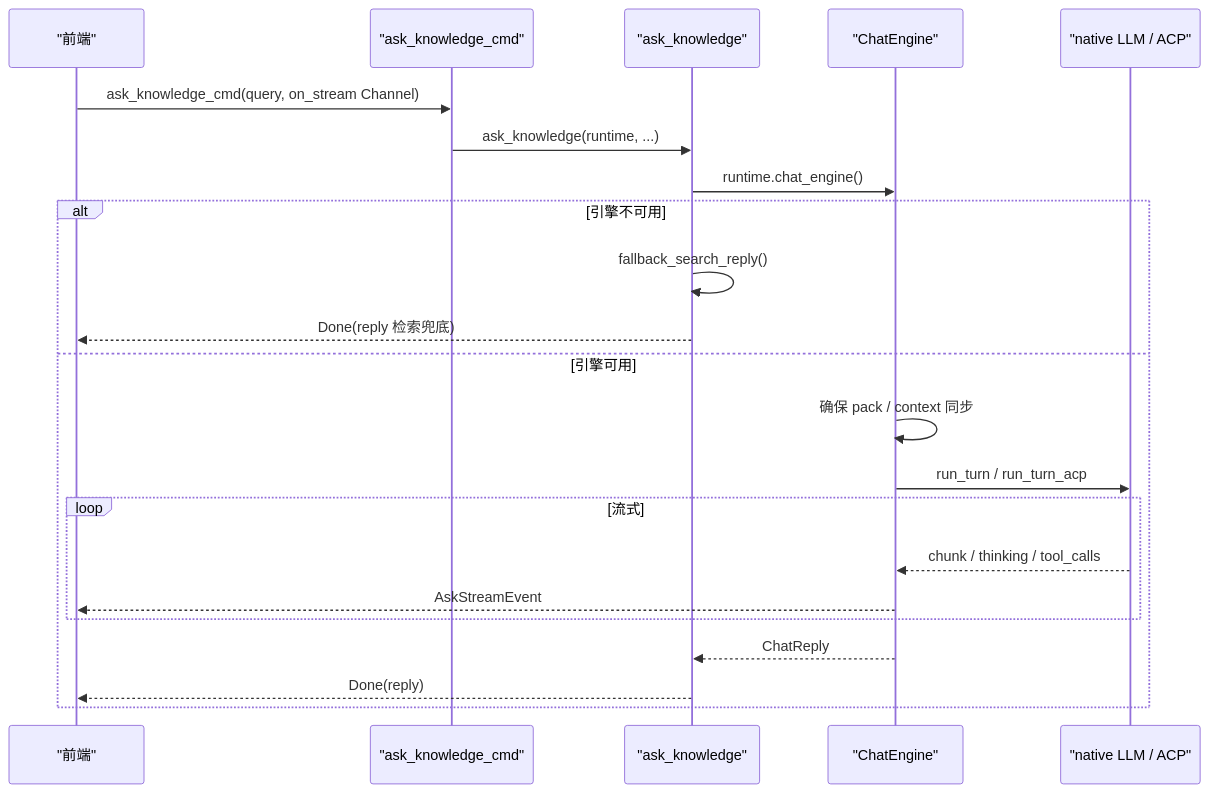
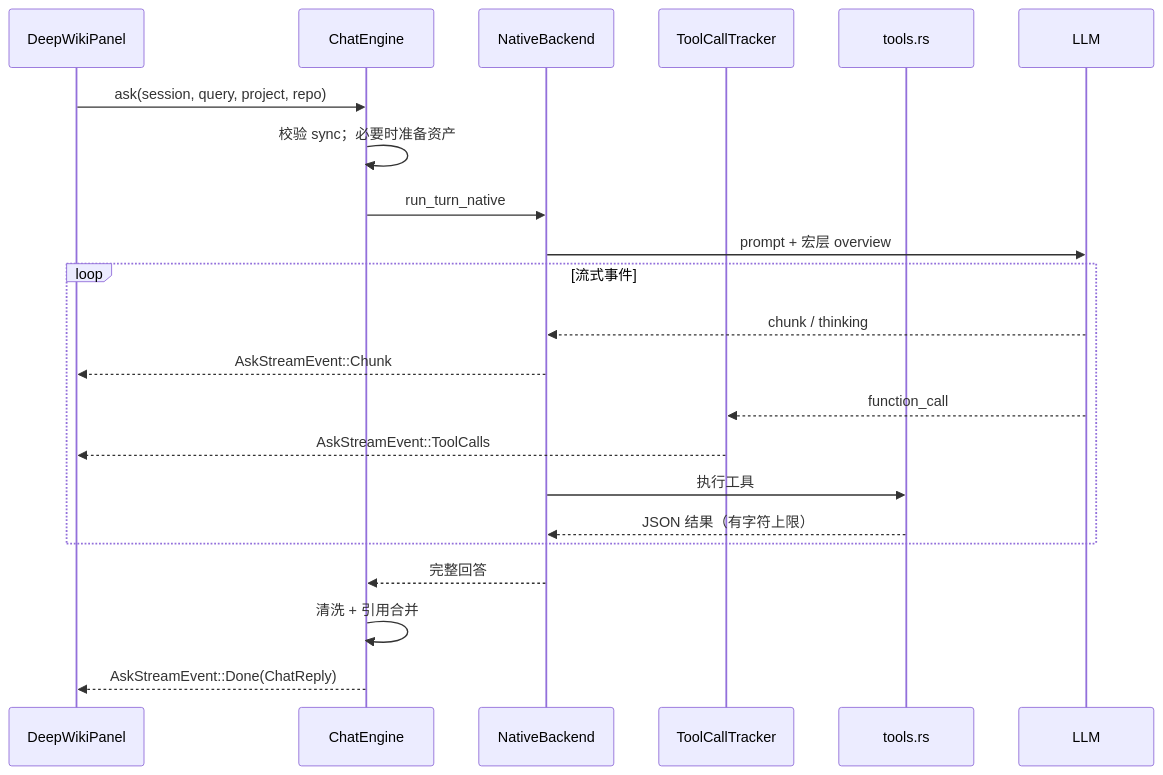
The seventh of 11 diagrams in .terrain/human/3.工作流.md (sopaco/terrain), drawn with Mermaid before and after one commit. The commit also changed other lines of this file and 39 other files, not shown here.

````diff
--- a/.terrain/human/3.工作流.md
+++ b/.terrain/human/3.工作流.md
@@ -201,25 +211,25 @@
 ```mermaid
 sequenceDiagram
-    participant UI as "前端"
-    participant CMD as "ask_knowledge_cmd"
-    participant ASK as "ask_knowledge"
-    participant ENG as "ChatEngine"
-    participant LLM as "native LLM / ACP"
+    participant UI as DeepWikiPanel
+    participant CE as ChatEngine
+    participant BE as NativeBackend
+    participant TR as ToolCallTracker
+    participant TL as tools.rs
+    participant LLM as LLM
 
-    UI->>CMD: ask_knowledge_cmd(query, on_stream Channel)
-    CMD->>ASK: ask_knowledge(runtime, ...)
-    ASK->>ENG: runtime.chat_engine()
-    alt 引擎不可用
-        ASK->>ASK: fallback_search_reply()
-        ASK-->>UI: Done(reply 检索兜底)
-    else 引擎可用
-        ENG->>ENG: 确保 pack / context 同步
-        ENG->>LLM: run_turn / run_turn_acp
-        loop 流式
-            LLM-->>ENG: chunk / thinking / tool_calls
-            ENG-->>UI: AskStreamEvent
-        end
-        ENG-->>ASK: ChatReply
-        ASK-->>UI: Done(reply)
+    UI->>CE: ask(session, query, project, repo)
+    CE->>CE: 校验 sync；必要时准备资产
+    CE->>BE: run_turn_native
+    BE->>LLM: prompt + 宏层 overview
+    loop 流式事件
+        LLM-->>BE: chunk / thinking
+        BE-->>UI: AskStreamEvent::Chunk
+        LLM-->>TR: function_call
+        TR-->>UI: AskStreamEvent::ToolCalls
+        BE->>TL: 执行工具
+        TL-->>BE: JSON 结果（有字符上限）
     end
+    BE-->>CE: 完整回答
+    CE->>CE: 清洗 + 引用合并
+    CE-->>UI: AskStreamEvent::Done(ChatReply)
 ```
````
